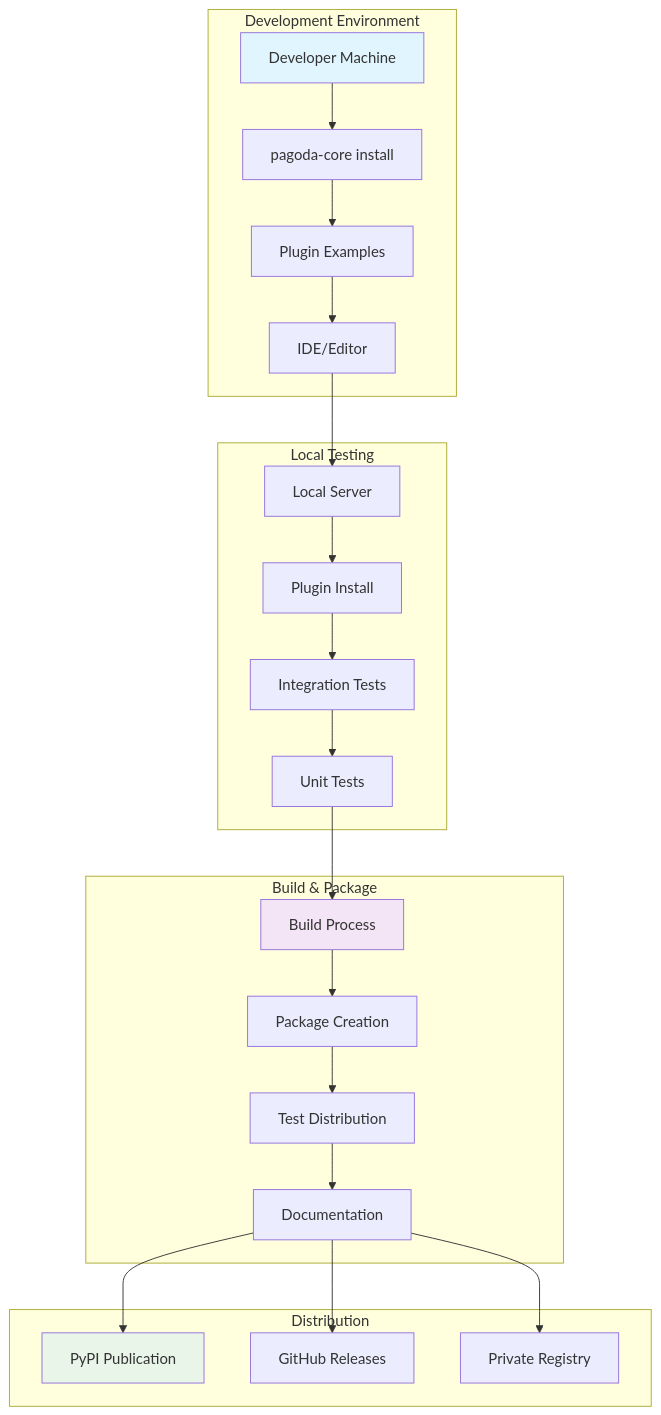
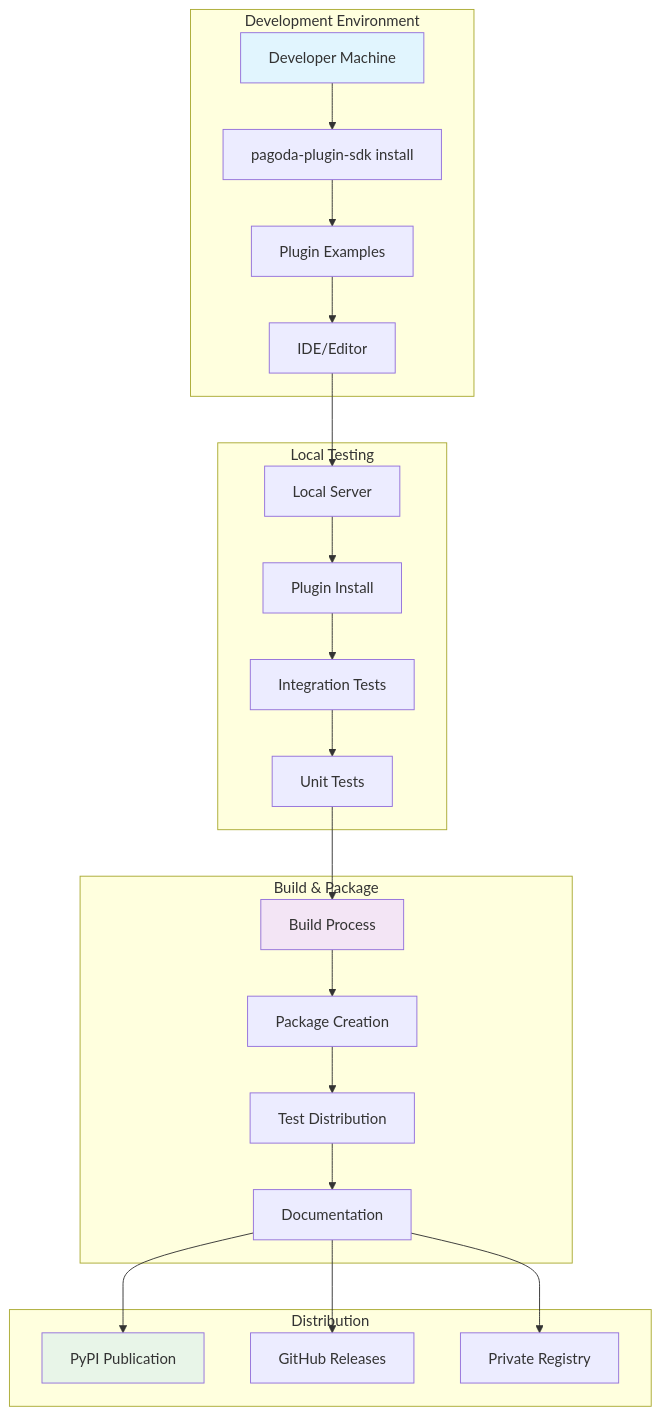
The fifth of 11 diagrams in docs/content/advanced/plugin_architecture_diagrams.md (dmm-com/pagoda), drawn with Mermaid before and after one commit. The commit also changed other lines of this file and 5 other files, not shown here.

First line of the commit message:
Refactor plugin system documentation and examples to align with Pagoda branding

````diff
--- a/docs/content/advanced/plugin_architecture_diagrams.md
+++ b/docs/content/advanced/plugin_architecture_diagrams.md
@@ -187,50 +187,50 @@
 ```mermaid
 graph TD
     subgraph "Development Environment"
         DEV[Developer Machine]
-        PC[pagoda-core install]
+        PC[pagoda-plugin-sdk install]
         PE[Plugin Examples]
         IDE[IDE/Editor]
     end
 
     subgraph "Local Testing"
         LS[Local Server]
         PI[Plugin Install]
         IT[Integration Tests]
         UT[Unit Tests]
     end
 
     subgraph "Build & Package"
         BP[Build Process]
         PKG[Package Creation]
         TEST[Test Distribution]
         DOC[Documentation]
     end
 
     subgraph "Distribution"
         PYPI[PyPI Publication]
         GHR[GitHub Releases]
         PRIV[Private Registry]
     end
 
     DEV --> PC
     PC --> PE
     PE --> IDE
     IDE --> LS
 
     LS --> PI
     PI --> IT
     IT --> UT
     UT --> BP
 
     BP --> PKG
     PKG --> TEST
     TEST --> DOC
     DOC --> PYPI
     DOC --> GHR
     DOC --> PRIV
 
     style DEV fill:#e1f5fe
     style BP fill:#f3e5f5
     style PYPI fill:#e8f5e8
 ```
````
